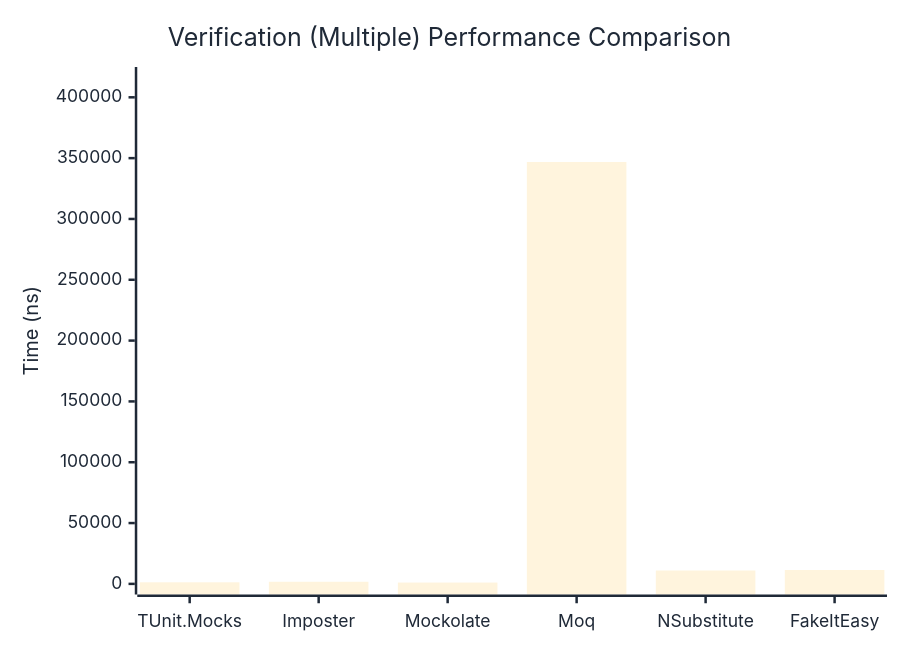
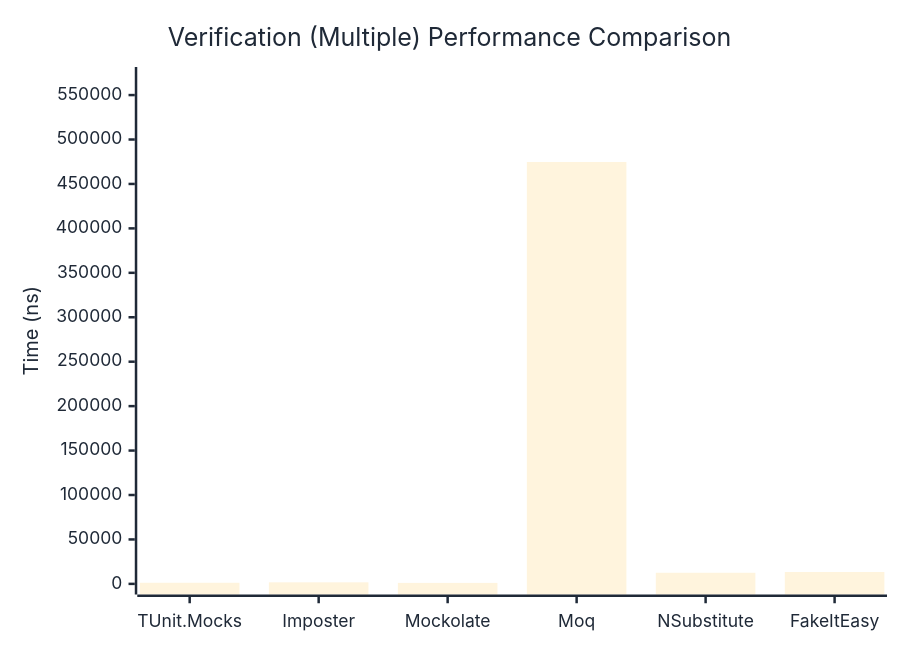
Before and after one commit to thomhurst/TUnit: the third of 3 diagrams in docs/docs/benchmarks/mocks/Verification.md, drawn with Mermaid. The commit also changed other lines of this file and 14 other files, not shown here.

````diff
--- a/docs/docs/benchmarks/mocks/Verification.md
+++ b/docs/docs/benchmarks/mocks/Verification.md
@@ -112,27 +112,27 @@
 ```mermaid
 %%{init: {
   'theme':'base',
   'themeVariables': {
     'primaryColor': '#2563eb',
     'primaryTextColor': '#1f2937',
     'primaryBorderColor': '#1e40af',
     'lineColor': '#6b7280',
     'secondaryColor': '#7c3aed',
     'tertiaryColor': '#dc2626',
     'background': '#ffffff',
     'pie1': '#2563eb',
     'pie2': '#7c3aed',
     'pie3': '#dc2626',
     'pie4': '#f59e0b',
     'pie5': '#10b981',
     'pie6': '#06b6d4',
     'pie7': '#ec4899',
     'pie8': '#6366f1'
   }
 }}%%
 xychart-beta
   title "Verification (Multiple) Performance Comparison"
   x-axis ["TUnit.Mocks", "Imposter", "Mockolate", "Moq", "NSubstitute", "FakeItEasy"]
-  y-axis "Time (ns)" 0 --> 416188
-  bar [1287.96, 1727.3, 1086.57, 346822.55, 10985.06, 11401.56]
+  y-axis "Time (ns)" 0 --> 569628
+  bar [1246.26, 1744.64, 1078.66, 474689.95, 12505.45, 13332.57]
 ```
````
